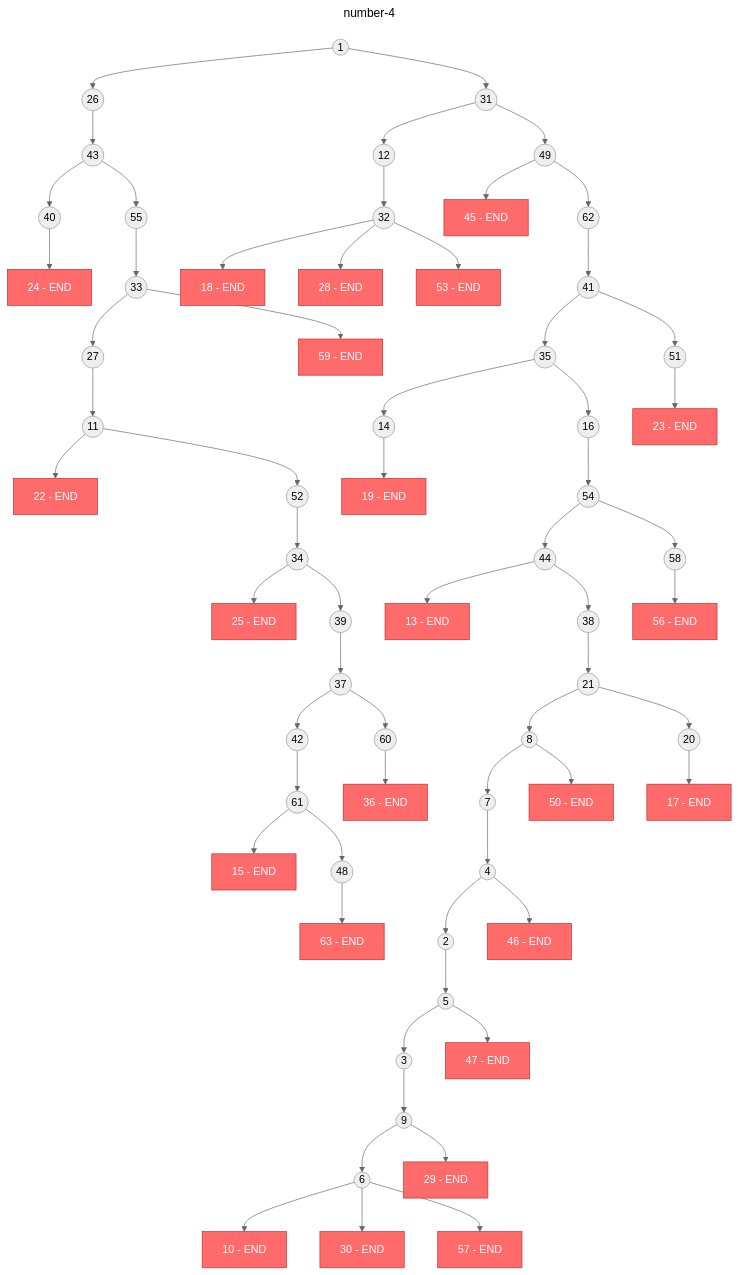
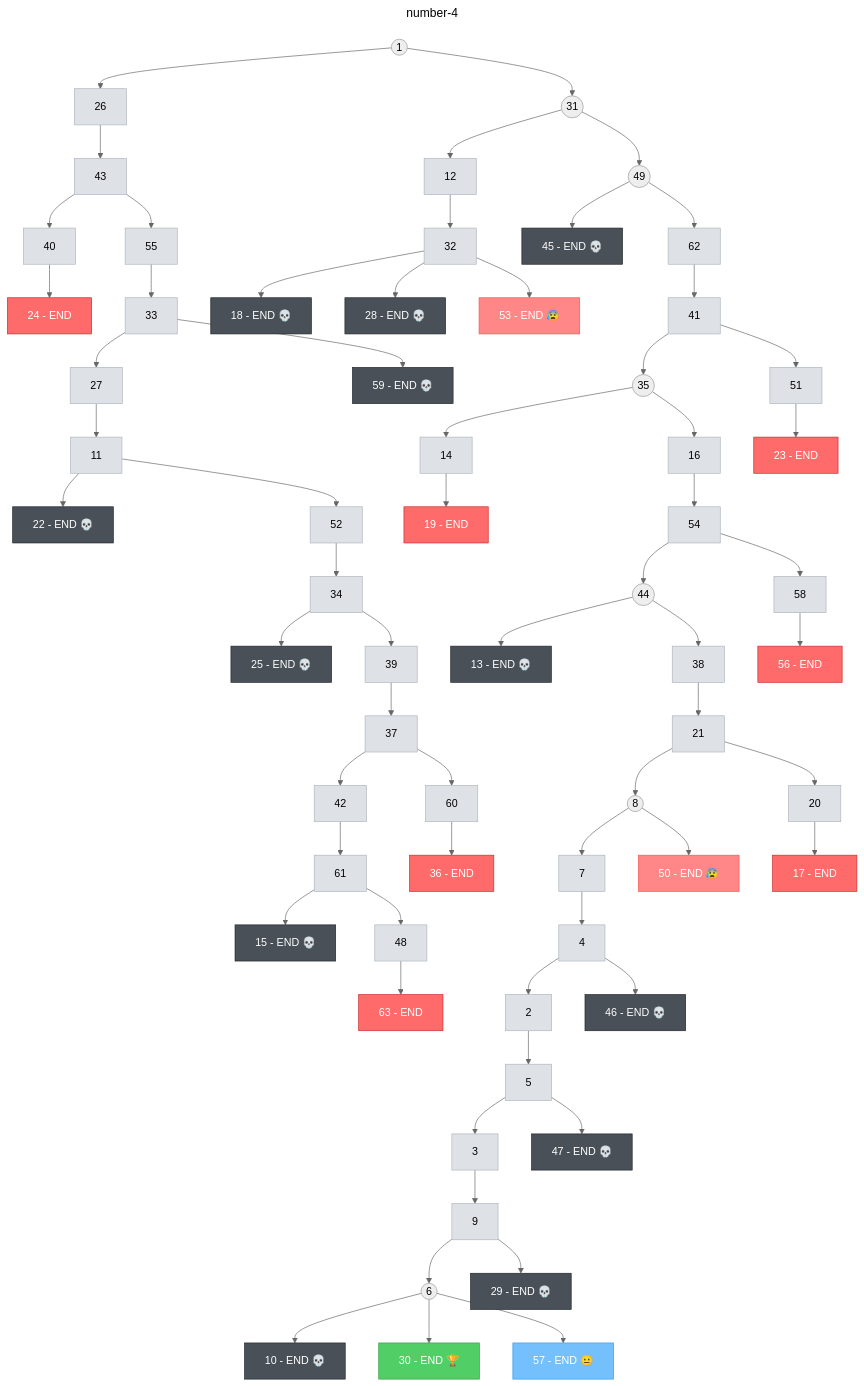
The diagram in number-4/output/structure.mmd (nicodevs/can-claude-code-write-a-good-choose-your-own-adventure-book), drawn with Mermaid (neutral theme) before and after one commit. The commit also changed 9 other files, not shown here.

Commit message:
Feature: generate mermaid charts

```diff
--- a/number-4/output/structure.mmd
+++ b/number-4/output/structure.mmd
@@ -1,136 +1,141 @@
 ---
 title: number-4
 ---
 flowchart TD
     1((1))
-    2((2))
-    3((3))
-    4((4))
-    5((5))
+    2[2]:::transition
+    3[3]:::transition
+    4[4]:::transition
+    5[5]:::transition
     6((6))
-    7((7))
+    7[7]:::transition
     8((8))
-    9((9))
-    10[10 - END]:::ending
-    11((11))
-    12((12))
-    13[13 - END]:::ending
-    14((14))
-    15[15 - END]:::ending
-    16((16))
+    9[9]:::transition
+    10[10 - END 💀]:::death
+    11[11]:::transition
+    12[12]:::transition
+    13[13 - END 💀]:::death
+    14[14]:::transition
+    15[15 - END 💀]:::death
+    16[16]:::transition
     17[17 - END]:::ending
-    18[18 - END]:::ending
+    18[18 - END 💀]:::death
     19[19 - END]:::ending
-    20((20))
-    21((21))
-    22[22 - END]:::ending
+    20[20]:::transition
+    21[21]:::transition
+    22[22 - END 💀]:::death
     23[23 - END]:::ending
     24[24 - END]:::ending
-    25[25 - END]:::ending
-    26((26))
-    27((27))
-    28[28 - END]:::ending
-    29[29 - END]:::ending
-    30[30 - END]:::ending
+    25[25 - END 💀]:::death
+    26[26]:::transition
+    27[27]:::transition
+    28[28 - END 💀]:::death
+    29[29 - END 💀]:::death
+    30[30 - END 🏆]:::good
     31((31))
-    32((32))
-    33((33))
-    34((34))
+    32[32]:::transition
+    33[33]:::transition
+    34[34]:::transition
     35((35))
     36[36 - END]:::ending
-    37((37))
-    38((38))
-    39((39))
-    40((40))
-    41((41))
-    42((42))
-    43((43))
+    37[37]:::transition
+    38[38]:::transition
+    39[39]:::transition
+    40[40]:::transition
+    41[41]:::transition
+    42[42]:::transition
+    43[43]:::transition
     44((44))
-    45[45 - END]:::ending
-    46[46 - END]:::ending
-    47[47 - END]:::ending
-    48((48))
+    45[45 - END 💀]:::death
+    46[46 - END 💀]:::death
+    47[47 - END 💀]:::death
+    48[48]:::transition
     49((49))
-    50[50 - END]:::ending
-    51((51))
-    52((52))
-    53[53 - END]:::ending
-    54((54))
-    55((55))
+    50[50 - END 😰]:::bad
+    51[51]:::transition
+    52[52]:::transition
+    53[53 - END 😰]:::bad
+    54[54]:::transition
+    55[55]:::transition
     56[56 - END]:::ending
-    57[57 - END]:::ending
-    58((58))
-    59[59 - END]:::ending
-    60((60))
-    61((61))
-    62((62))
+    57[57 - END 😐]:::neutral
+    58[58]:::transition
+    59[59 - END 💀]:::death
+    60[60]:::transition
+    61[61]:::transition
+    62[62]:::transition
     63[63 - END]:::ending
     1 --> 26
     1 --> 31
     2 --> 5
     3 --> 9
     4 --> 2
     4 --> 46
     5 --> 3
     5 --> 47
     6 --> 10
     6 --> 30
     6 --> 57
     7 --> 4
     8 --> 7
     8 --> 50
     9 --> 6
     9 --> 29
     11 --> 22
     11 --> 52
     12 --> 32
     14 --> 19
     16 --> 54
     20 --> 17
     21 --> 8
     21 --> 20
     26 --> 43
     27 --> 11
     31 --> 12
     31 --> 49
     32 --> 18
     32 --> 28
     32 --> 53
     33 --> 27
     33 --> 59
     34 --> 25
     34 --> 39
     35 --> 14
     35 --> 16
     37 --> 42
     37 --> 60
     38 --> 21
     39 --> 37
     40 --> 24
     41 --> 35
     41 --> 51
     42 --> 61
     43 --> 40
     43 --> 55
     44 --> 13
     44 --> 38
     48 --> 63
     49 --> 45
     49 --> 62
     51 --> 23
     52 --> 34
     54 --> 44
     54 --> 58
     55 --> 33
     58 --> 56
     60 --> 36
     61 --> 15
     61 --> 48
     62 --> 41
 
     classDef ending fill:#ff6b6b,stroke:#c92a2a,color:#fff
+    classDef death fill:#495057,stroke:#212529,color:#fff
+    classDef good fill:#51cf66,stroke:#2f9e44,color:#fff
+    classDef bad fill:#ff8787,stroke:#fa5252,color:#fff
+    classDef neutral fill:#74c0fc,stroke:#339af0,color:#fff
     classDef orphan fill:#ffd43b,stroke:#fab005,color:#000
     classDef convergent fill:#9775fa,stroke:#7048e8,color:#fff
     classDef convergent_end fill:#e599f7,stroke:#be4bdb,color:#000
+    classDef transition fill:#dee2e6,stroke:#adb5bd,color:#000
 
     %% 63 pages, 62 edges, 23 endings, 0 orphaned, 0 convergent
```
